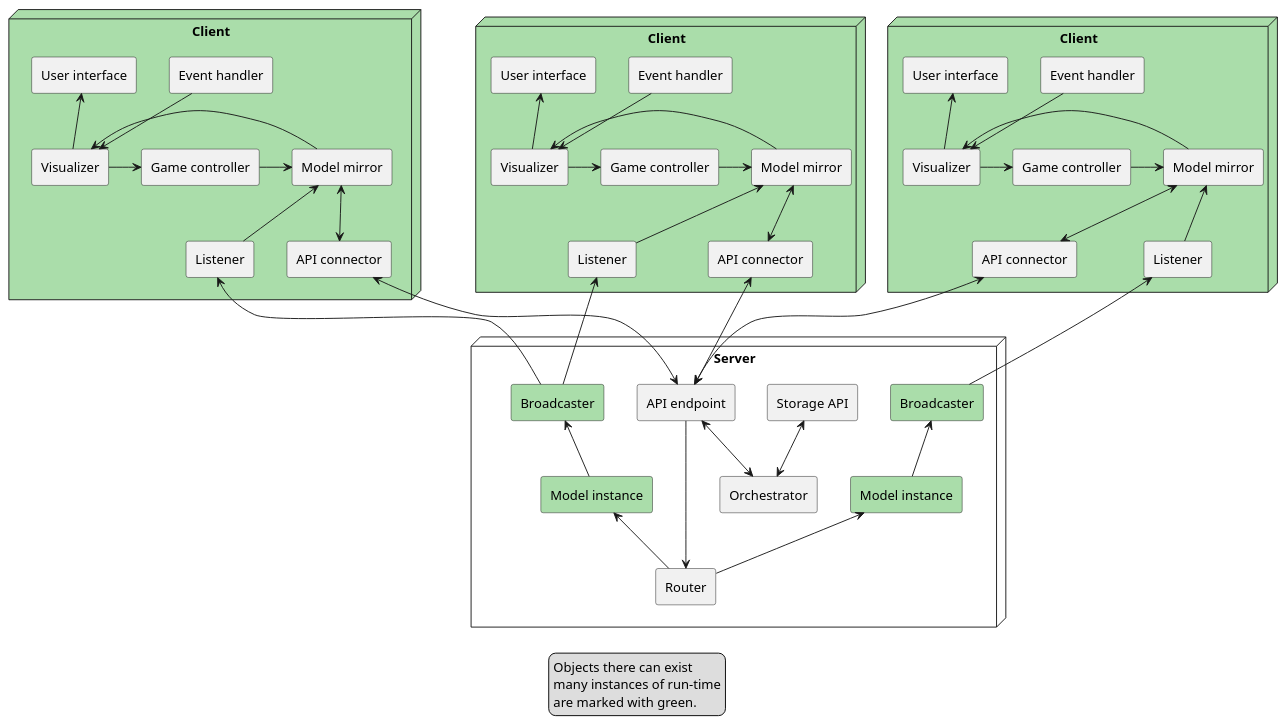
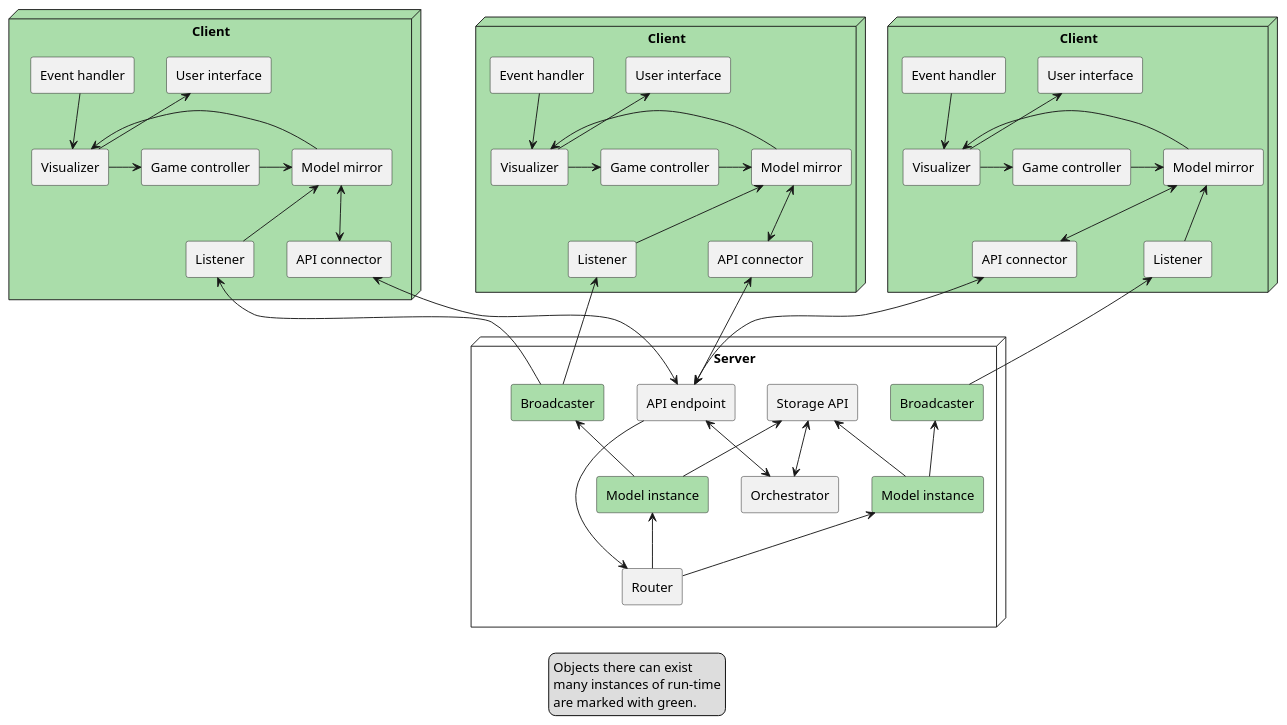
One commit to SWA-group-1/PlantUML changed the diagram in Process/Deployment/ConcurrencyAndInformation.puml. Above: the diagram before and after it, drawn with PlantUML. The commit also changed 1 other file, not shown here.

Commit message:
Added information flow from ModelInstance to StorageAPI.

```diff
--- a/Process/Deployment/ConcurrencyAndInformation.puml
+++ b/Process/Deployment/ConcurrencyAndInformation.puml
@@ -1,98 +1,100 @@
 @startuml
 'https://plantuml.com/deployment-diagram
 
 legend
     Objects there can exist
     many instances of run-time
     are marked with green.
 end legend
 
 node "Client" as client_0 #ADA {
     agent "Game controller" as controller_0
     agent "Visualizer" as visualizer_0
     agent "Event handler" as event_0
     agent "User interface" as ui_0
     agent "Model mirror" as mirror_0
     agent "API connector" as connector_0
     agent "Listener" as listener_0
 
     event_0 -down-> visualizer_0
     visualizer_0 -up-> ui_0
     visualizer_0 -right-> controller_0
     controller_0 -right-> mirror_0
     mirror_0 -> visualizer_0
     mirror_0 <-down-> connector_0
     listener_0 -up-> mirror_0
 }
 
 node "Client" as client_1 #ADA {
     agent "Game controller" as controller_1
     agent "Visualizer" as visualizer_1
     agent "Event handler" as event_1
     agent "User interface" as ui_1
     agent "Model mirror" as mirror_1
     agent "API connector" as connector_1
     agent "Listener" as listener_1
 
     event_1 -down-> visualizer_1
     visualizer_1 -up-> ui_1
     visualizer_1 -right-> controller_1
     controller_1 -right-> mirror_1
     mirror_1 -> visualizer_1
     mirror_1 <-down-> connector_1
     listener_1 -up-> mirror_1
 }
 
 node "Client" as client_2 #ADA {
     agent "Game controller" as controller_2
     agent "Visualizer" as visualizer_2
     agent "Event handler" as event_2
     agent "User interface" as ui_2
     agent "Model mirror" as mirror_2
     agent "API connector" as connector_2
     agent "Listener" as listener_2
 
     event_2 -down-> visualizer_2
     visualizer_2 -up-> ui_2
     visualizer_2 -right-> controller_2
     controller_2 -right-> mirror_2
     mirror_2 -> visualizer_2
     mirror_2 <-down-> connector_2
     listener_2 -up-> mirror_2
 }
 
 node "Server" as server {
     agent "API endpoint" as endpoint
     agent "Broadcaster" as broadcaster_0 #ADA
     agent "Broadcaster" as broadcaster_1 #ADA
     agent "Storage API" as storage
     agent "Model instance" as model_0 #ADA
     agent "Model instance" as model_1 #ADA
     agent "Orchestrator" as orchestrator
     agent "Router" as router
 
     endpoint -[hidden]right- broadcaster_0
     broadcaster_0 -[hidden]right- broadcaster_1
     broadcaster_1 -[hidden]right- storage
     model_0 -up-> broadcaster_0
     model_0 -[hidden]right- model_1
+    model_0 -up-> storage
     model_1 -up-> broadcaster_1
+    model_1 -up-> storage
     orchestrator <--> endpoint
     orchestrator <-up-> storage
     router <-up- endpoint
     router -up-> model_0
     router -up-> model_1
 }
 
 client_1 -[hidden]down- server
 
 endpoint <-up-> connector_0
 endpoint <-up-> connector_1
 endpoint <-up-> connector_2
 
 broadcaster_0 -up-> listener_0
 broadcaster_1 -up-> listener_1
 broadcaster_1 -[hidden]up-> listener_1
 broadcaster_1 -up-> listener_2
 
 @enduml
```
